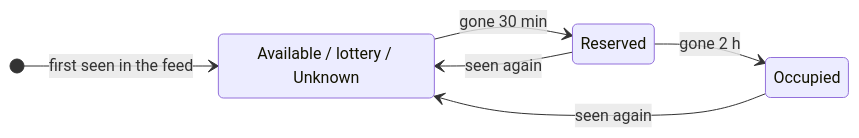
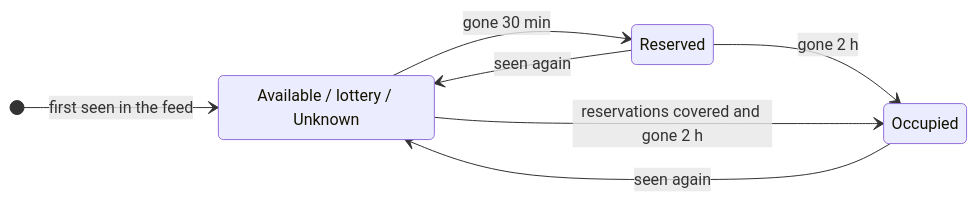
The diagram in data/readmes/751K__holland2stay-monitor.md (zqf20096327/dbhub_collect), drawn with Mermaid before and after one commit. The commit also changed other lines of this file and 816 other files, not shown here.

````diff
--- a/data/readmes/751K__holland2stay-monitor.md
+++ b/data/readmes/751K__holland2stay-monitor.md
@@ -338,14 +367,15 @@
 ```mermaid
 stateDiagram-v2
     direction LR
 
     state "Available / lottery / Unknown" as A
     state "Reserved" as R
     state "Occupied" as O
 
     [*] --> A: first seen in the feed
     A --> R: gone 30 min
     R --> O: gone 2 h
+    A --> O: reservations covered and gone 2 h
     R --> A: seen again
     O --> A: seen again
 ```
````
